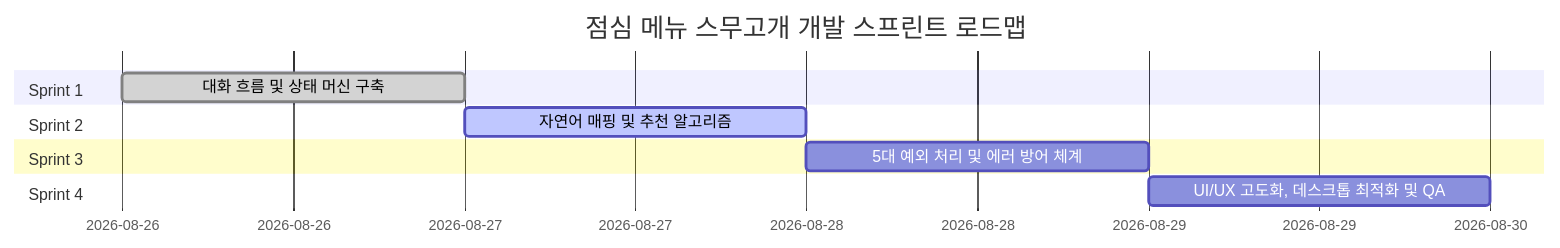
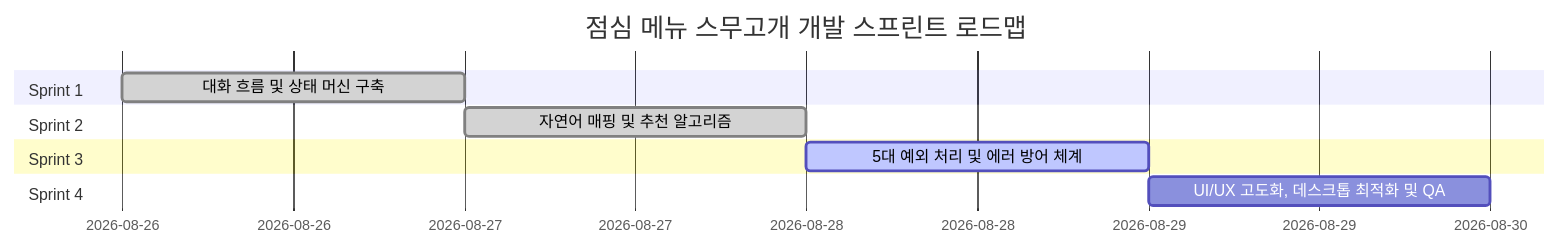
One commit to shocking-my-cat/lunch-menu-game changed the diagram in docs/development-plan.md. Above: the diagram before and after it, drawn with Mermaid. The commit also changed other lines of this file and 10 other files, not shown here.

Commit message:
feat: Sprint 2 추천 알고리즘 및 자연어 키워드 매퍼 구현 및 문서 최신화

````diff
--- a/docs/development-plan.md
+++ b/docs/development-plan.md
@@ -61,13 +61,13 @@
 ```mermaid
 gantt
     title 점심 메뉴 스무고개 개발 스프린트 로드맵
     dateFormat  YYYY-MM-DD
     section Sprint 1
     대화 흐름 및 상태 머신 구축 :done, s1, 2026-08-26, 1d
     section Sprint 2
-    자연어 매핑 및 추천 알고리즘 :active, s2, after s1, 1d
+    자연어 매핑 및 추천 알고리즘 :done, s2, after s1, 1d
     section Sprint 3
-    5대 예외 처리 및 에러 방어 체계 :s3, after s2, 1d
+    5대 예외 처리 및 에러 방어 체계 :active, s3, after s2, 1d
     section Sprint 4
     UI/UX 고도화, 데스크톱 최적화 및 QA :s4, after s3, 1d
 ```
````
